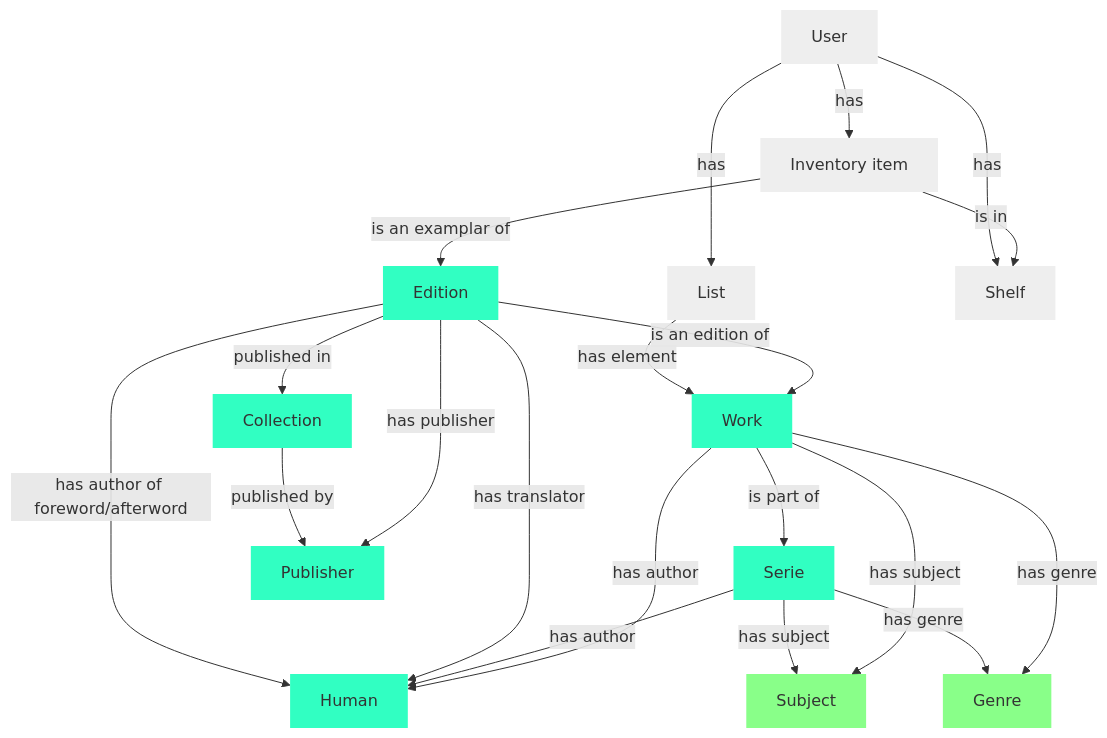
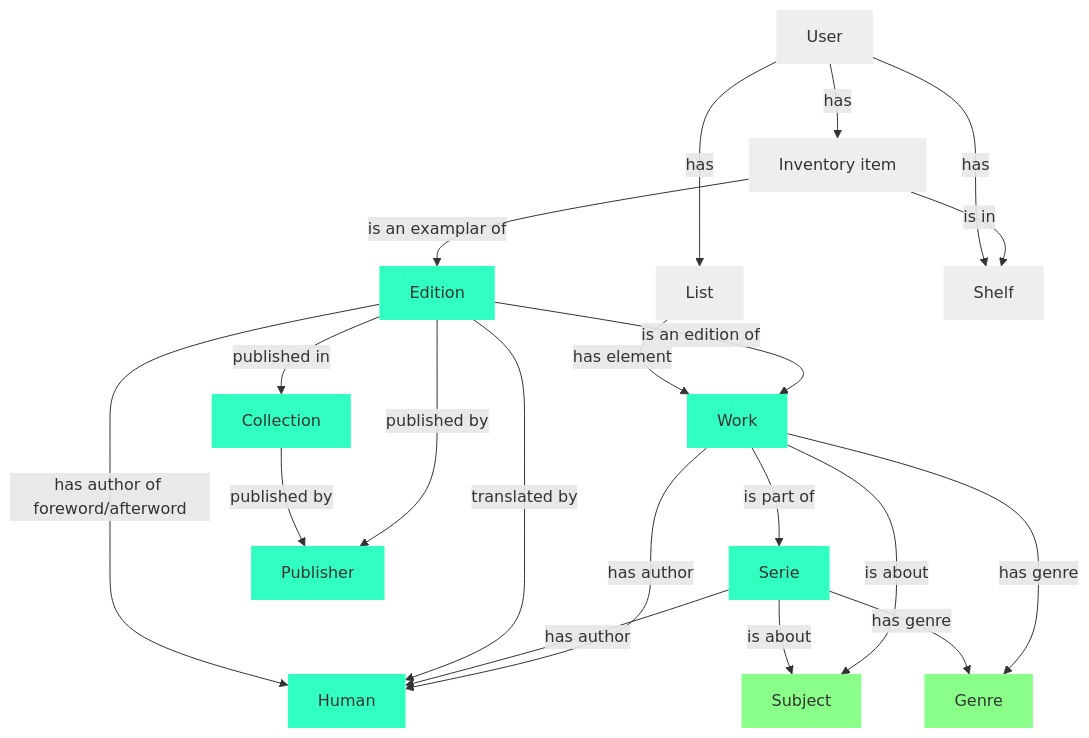
One commit to inventaire/entities-map changed the diagram in src/map.mmd. Above: the diagram before and after it, drawn with Mermaid.

Commit message:
reword some relations

```diff
--- a/src/map.mmd
+++ b/src/map.mmd
@@ -1,53 +1,53 @@
 graph TB
 
   subject[Subject]:::wikidata
   genre[Genre]:::wikidata
   work[Work]:::both
   human[Human]:::both
   serie[Serie]:::both
   publisher[Publisher]:::both
   collection[Collection]:::both
   edition[Edition]:::both
   item[Inventory item]:::notanentity
   list[List]:::notanentity
   shelf[Shelf]:::notanentity
   user[User]:::notanentity
 
   %% Doesn't produce the links as the docs says
   %% click subject https://wiki.inventaire.io/wiki/Glossary#Subject
   %% click genre https://wiki.inventaire.io/wiki/Glossary#Genre
   %% click work https://wiki.inventaire.io/wiki/Glossary#Work
   %% click human https://wiki.inventaire.io/wiki/Glossary#Human
   %% click serie https://wiki.inventaire.io/wiki/Glossary#Serie
   %% click publisher https://wiki.inventaire.io/wiki/Glossary#Publisher
   %% click collection https://wiki.inventaire.io/wiki/Glossary#Collection
   %% click edition https://wiki.inventaire.io/wiki/Glossary#Edition
   %% click item https://wiki.inventaire.io/wiki/Glossary#Item
   %% click shelf https://wiki.inventaire.io/wiki/Glossary#Shelf
   %% click list https://wiki.inventaire.io/wiki/Glossary#List
   %% click user https://wiki.inventaire.io/wiki/Glossary#User
 
   work -->|has author| human
   work -->|is part of| serie
-  work -->|has subject| subject
+  work -->|is about| subject
   work -->|has genre| genre
   serie -->|has author| human
-  serie -->|has subject| subject
+  serie -->|is about| subject
   serie -->|has genre| genre
-  edition -->|has translator| human
+  edition -->|translated by| human
   edition -->|has author of foreword/afterword| human
   edition -->|is an edition of| work
-  edition -->|has publisher| publisher
+  edition -->|published by| publisher
   edition -->|published in| collection
   collection -->|published by| publisher
   item -->|is an examplar of| edition
   item -->|is in| shelf
   list -->|has element| work
   user -->|has| item
   user -->|has| shelf
   user -->|has| list
 
   classDef wikidata fill:#22ff2288,stroke-width:0;
   classDef both fill:#31ffc2,stroke-width:0;
   %% classDef inventaire fill:#319cc288,stroke-width:0;
   classDef notanentity fill:#eee,stroke-width:0;
```
